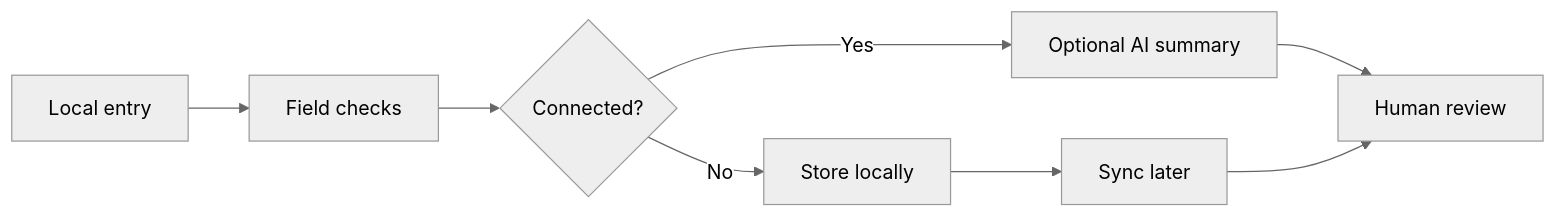
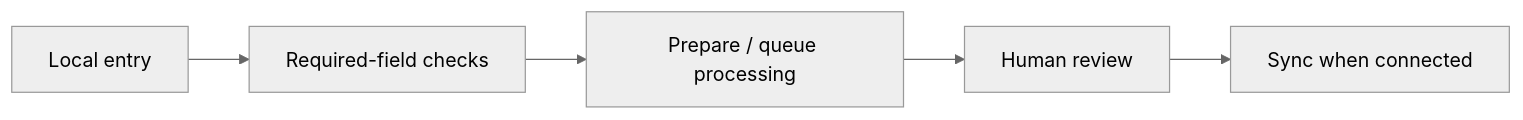
The diagram in teaching/visuals/s01/en/offline.mmd (Ange230700/ibm-ai-foundations-for-everyone-notes), drawn with Mermaid (neutral theme) before and after one commit. The commit also changed 14 other files, not shown here.

```diff
--- a/teaching/visuals/s01/en/offline.mmd
+++ b/teaching/visuals/s01/en/offline.mmd
@@ -1,8 +1,5 @@
 flowchart LR
- A["Local entry"] --> B["Field checks"]
- B --> C{"Connected?"}
- C -->|No| D["Store locally"]
- C -->|Yes| E["Optional AI summary"]
- D --> F["Sync later"]
- E --> G["Human review"]
- F --> G
+ A["Local entry"] --> B["Required-field checks"]
+ B --> C["Prepare / queue processing"]
+ C --> D["Human review"]
+ D --> E["Sync when connected"]
```
